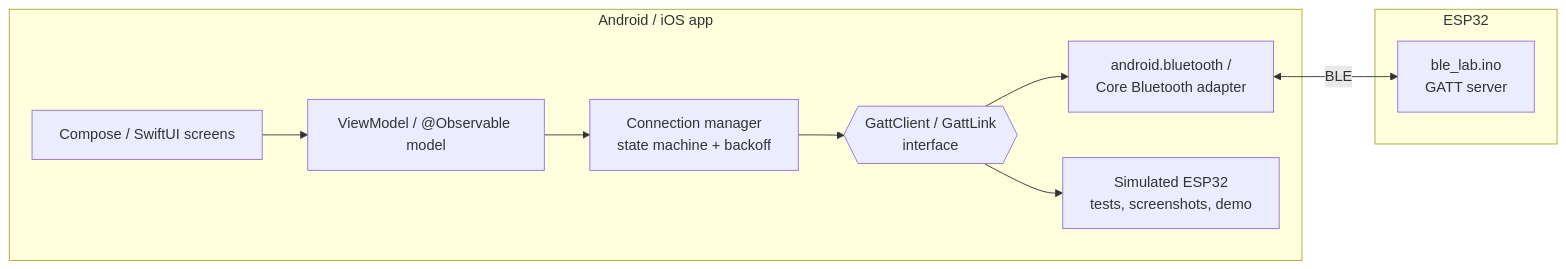
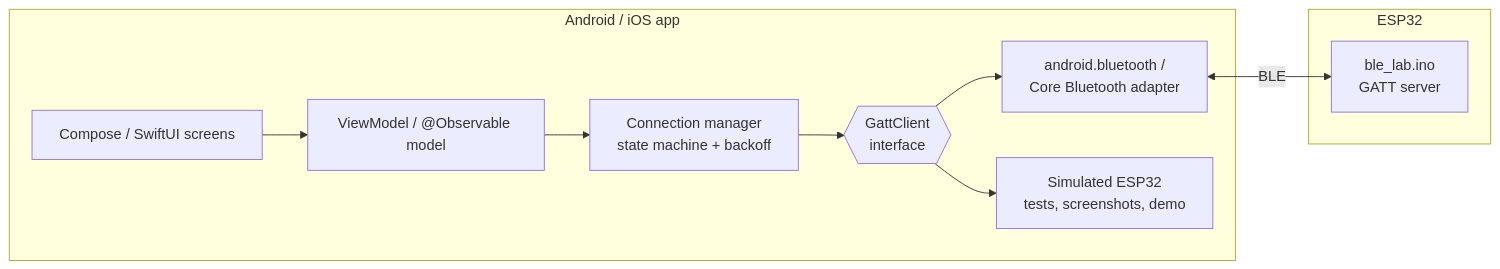
One commit to informramiz/ble-lab changed the diagram in README.md. Above: the diagram before and after it, drawn with Mermaid. The commit also changed other lines of this file, not shown here.

Commit message:
docs: README scan window, Transport.kt interface location, test counts

````diff
--- a/README.md
+++ b/README.md
@@ -50,14 +50,14 @@
 ```mermaid
 flowchart LR
   subgraph ESP32
     FW[ble_lab.ino<br/>GATT server]
   end
   subgraph App["Android / iOS app"]
     UI[Compose / SwiftUI screens] --> VM[ViewModel / @Observable model]
     VM --> CM[Connection manager<br/>state machine + backoff]
-    CM --> IF{{GattClient / GattLink<br/>interface}}
+    CM --> IF{{GattClient<br/>interface}}
     IF --> REAL[android.bluetooth /<br/>Core Bluetooth adapter]
     IF --> SIM[Simulated ESP32<br/>tests, screenshots, demo]
   end
   REAL <-- BLE --> FW
 ```
````
